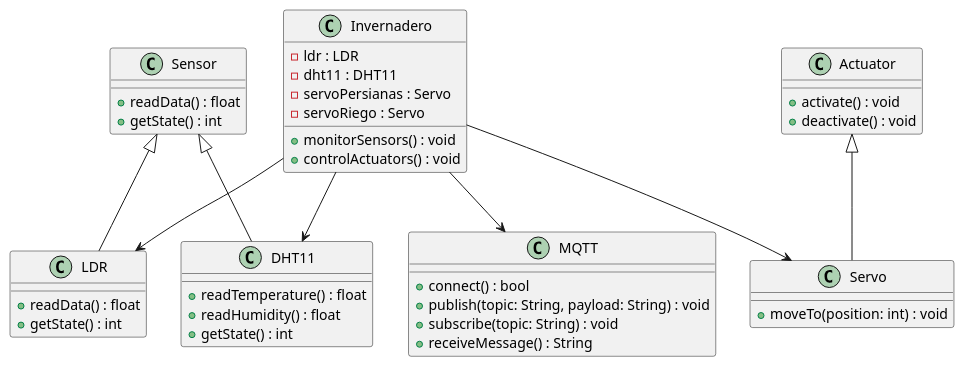
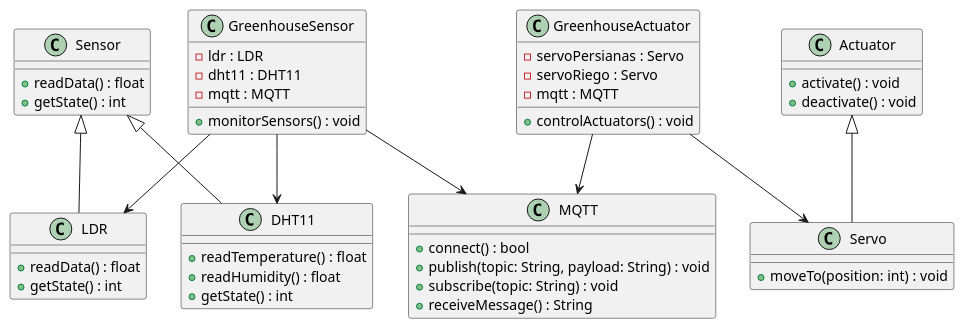
Before and after one commit to Focus0Wizard/greenhouse_project: the diagram in diagrams/structure.puml, drawn with PlantUML. The commit also changed 1 other file, not shown here.

Commit message:
change diagrams for using 2 ESP32

```diff
--- a/diagrams/structure.puml
+++ b/diagrams/structure.puml
@@ -1,50 +1,58 @@
 @startuml
 class Sensor {
   +readData() : float
   +getState() : int
 }
 
 class LDR {
   +readData() : float
   +getState() : int
 }
 
 class DHT11 {
   +readTemperature() : float
   +readHumidity() : float
   +getState() : int
 }
 
 class Actuator {
   +activate() : void
   +deactivate() : void
 }
 
 class Servo {
   +moveTo(position: int) : void
 }
 
-class Invernadero {
+class GreenhouseSensor {
   -ldr : LDR
   -dht11 : DHT11
+  -mqtt : MQTT
+  +monitorSensors() : void
+}
+
+class GreenhouseActuator {
   -servoPersianas : Servo
   -servoRiego : Servo
-  +monitorSensors() : void
+  -mqtt : MQTT
   +controlActuators() : void
 }
 
 class MQTT {
   +connect() : bool
   +publish(topic: String, payload: String) : void
   +subscribe(topic: String) : void
   +receiveMessage() : String
 }
 
 Sensor <|-- LDR
 Sensor <|-- DHT11
 Actuator <|-- Servo
-Invernadero --> LDR
-Invernadero --> DHT11
-Invernadero --> Servo
-Invernadero --> MQTT
+
+GreenhouseSensor --> LDR
+GreenhouseSensor --> DHT11
+GreenhouseSensor --> MQTT
+
+GreenhouseActuator --> Servo
+GreenhouseActuator --> MQTT
 @enduml
```
